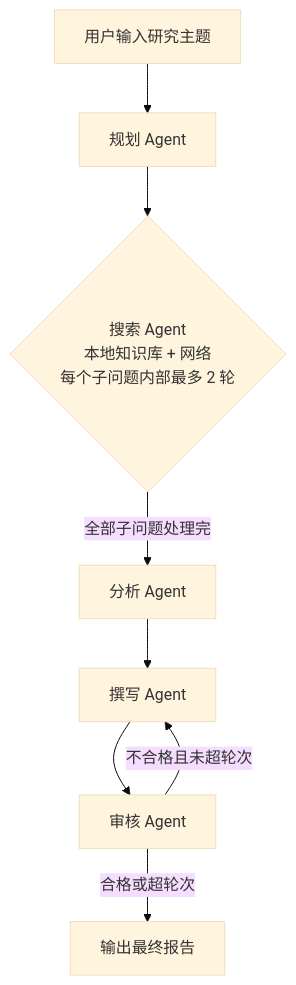
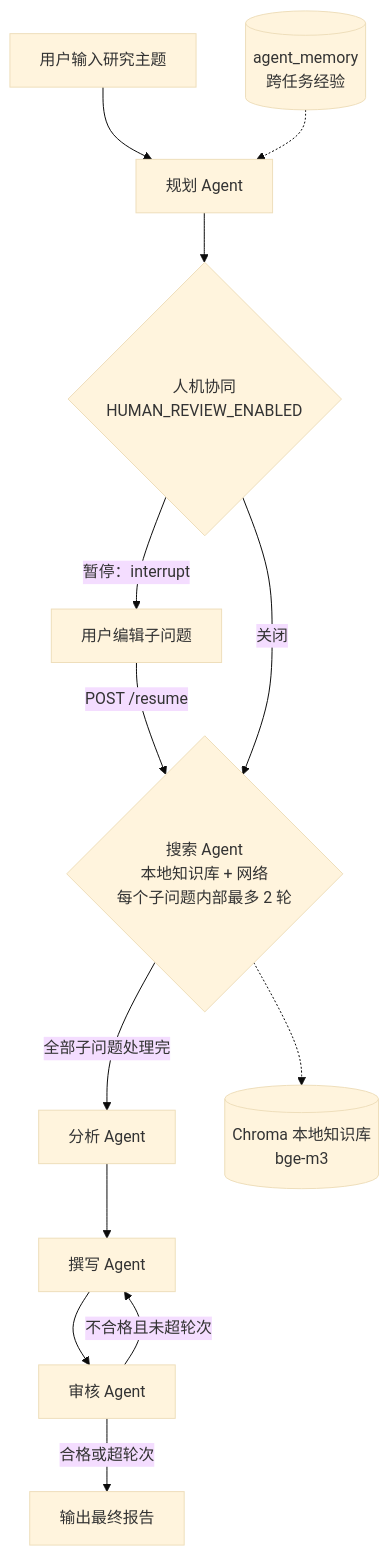
Before and after one commit to Guiqing313/AgentForge-LangGraph: the diagram in README.md, drawn with Mermaid (base theme). The commit also changed other lines of this file and 10 other files, not shown here.

````diff
--- a/README.md
+++ b/README.md
@@ -18,10 +24,15 @@
 ```mermaid
 flowchart TD
     A[用户输入研究主题] --> B[规划 Agent]
-    B --> C{搜索 Agent<br/>本地知识库 + 网络<br/>每个子问题内部最多 2 轮}
+    B --> H{人机协同<br/>HUMAN_REVIEW_ENABLED}
+    H -->|暂停：interrupt| U[用户编辑子问题]
+    U -->|POST /resume| C
+    H -->|关闭| C{搜索 Agent<br/>本地知识库 + 网络<br/>每个子问题内部最多 2 轮}
     C -->|全部子问题处理完| D[分析 Agent]
     D --> E[撰写 Agent]
     E --> F[审核 Agent]
     F -->|不合格且未超轮次| E
     F -->|合格或超轮次| G[输出最终报告]
+    M[(agent_memory<br/>跨任务经验)] -.-> B
+    C -.-> K[(Chroma 本地知识库<br/>bge-m3)]
 ```
````
